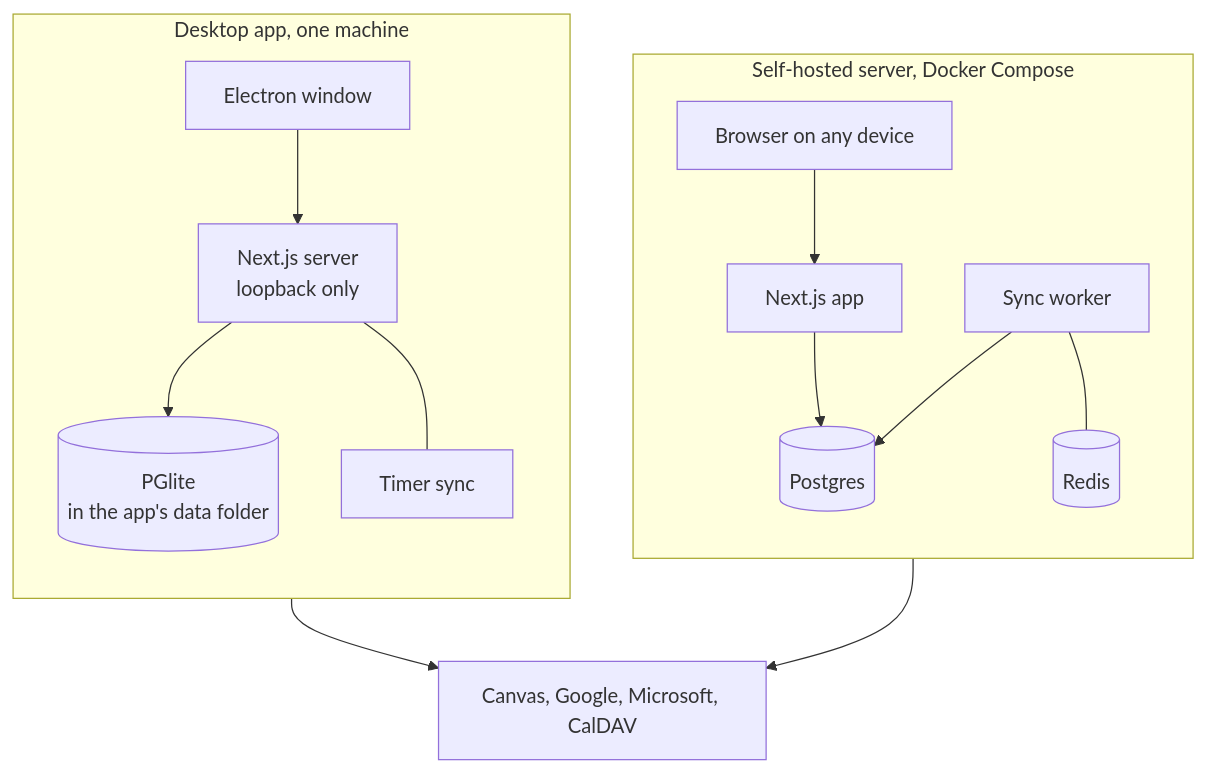
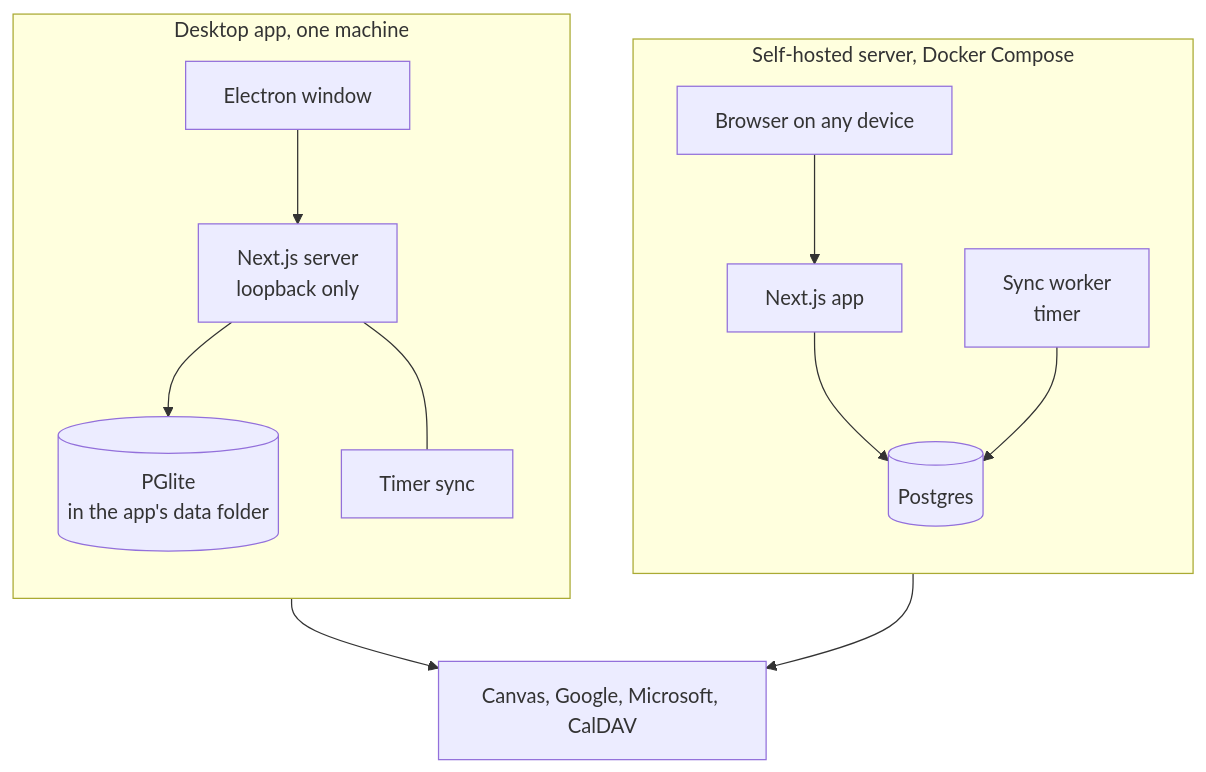
One commit to pockanoodles/erwin changed the sixth of 6 diagrams in README.md. Above: the diagram before and after it, drawn with Mermaid. The commit also changed other lines of this file and 2 other files, not shown here.

First line of the commit message:
docs: the Canvas gradebook, activity feed and timer sync

````diff
--- a/README.md
+++ b/README.md
@@ -195,20 +196,19 @@
 ```mermaid
 flowchart TB
     subgraph Desktop["Desktop app, one machine"]
         direction TB
         EL["Electron window"] --> NX1["Next.js server<br/>loopback only"]
         NX1 --> PG1[("PGlite<br/>in the app's data folder")]
         NX1 --- SC1["Timer sync"]
     end
 
     subgraph Server["Self-hosted server, Docker Compose"]
         direction TB
         BR["Browser on any device"] --> NX2["Next.js app"]
         NX2 --> PG2[("Postgres")]
-        WK["Sync worker"] --> PG2
-        WK --- RD[("Redis")]
+        WK["Sync worker<br/>timer"] --> PG2
     end
 
     Desktop --> EXT["Canvas, Google, Microsoft, CalDAV"]
     Server --> EXT
 ```
````
